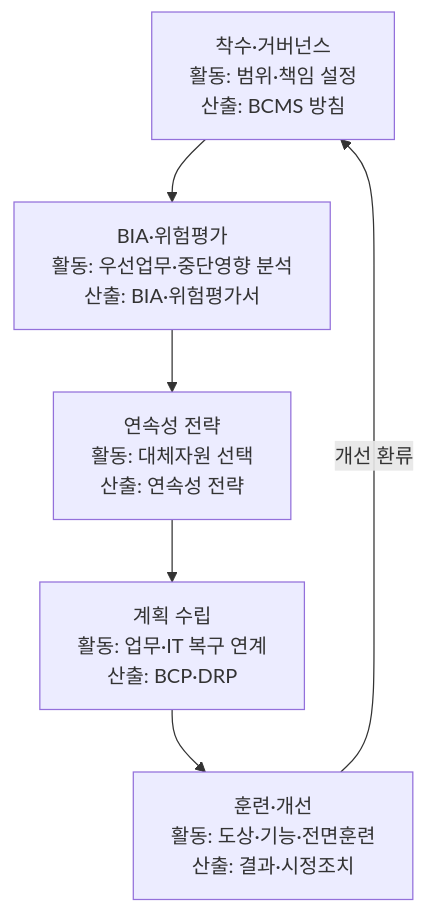
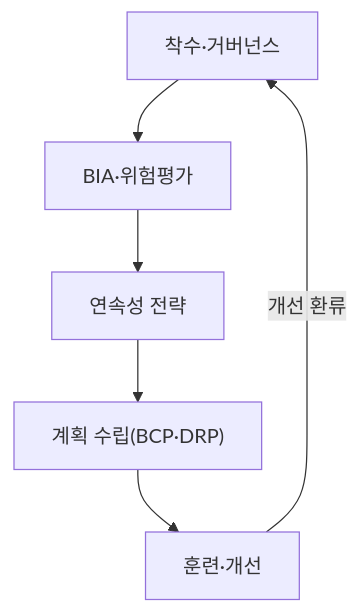
The third of 3 diagrams in src/content/docs/notes/itpe/01-it-strategy/030_bcp.md (agnusdei1207/study), drawn with Mermaid before and after one commit. The commit also changed other lines of this file and 19 other files, not shown here.

````diff
--- a/src/content/docs/notes/itpe/01-it-strategy/030_bcp.md
+++ b/src/content/docs/notes/itpe/01-it-strategy/030_bcp.md
@@ -133,8 +127,8 @@
 ```mermaid
 flowchart TD
-    A["착수·거버넌스<br/>활동: 범위·책임 설정<br/>산출: BCMS 방침"] --> B["BIA·위험평가<br/>활동: 우선업무·중단영향 분석<br/>산출: BIA·위험평가서"]
-    B --> C["연속성 전략<br/>활동: 대체자원 선택<br/>산출: 연속성 전략"]
-    C --> D["계획 수립<br/>활동: 업무·IT 복구 연계<br/>산출: BCP·DRP"]
-    D --> E["훈련·개선<br/>활동: 도상·기능·전면훈련<br/>산출: 결과·시정조치"]
+    A["착수·거버넌스"] --> B["BIA·위험평가"]
+    B --> C["연속성 전략"]
+    C --> D["계획 수립(BCP·DRP)"]
+    D --> E["훈련·개선"]
     E -->|"개선 환류"| A
 ```
````
